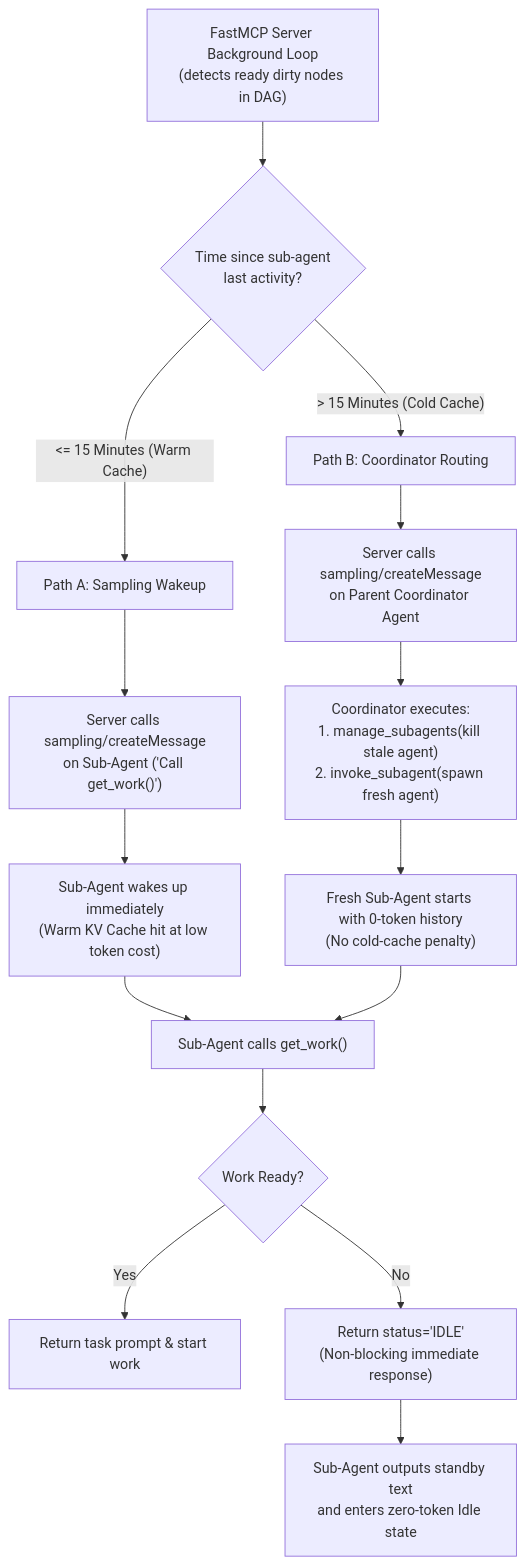
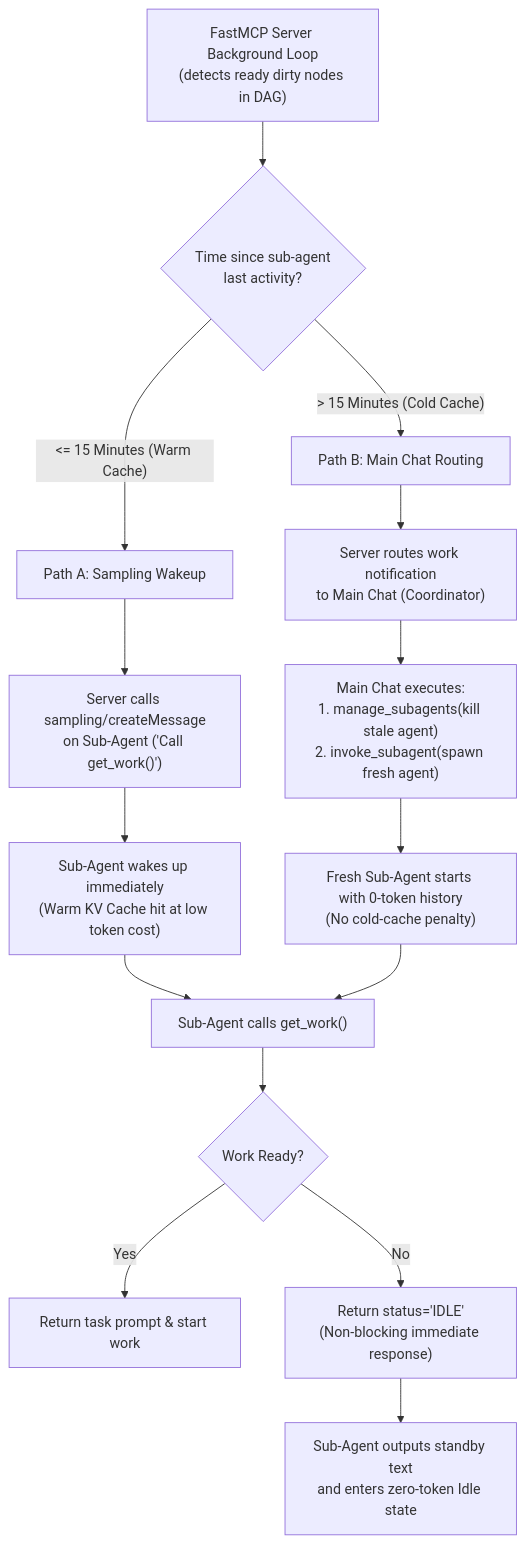
Before and after one commit to mcdirmid/cleanroom: the second of 3 diagrams in design-docs/bazel_role_mcp_server.md, drawn with Mermaid. The commit also changed other lines of this file and 67 other files, not shown here.

````diff
--- a/design-docs/bazel_role_mcp_server.md
+++ b/design-docs/bazel_role_mcp_server.md
@@ -262,21 +264,21 @@
 ```mermaid
 flowchart TD
     SubAgentCall["Sub-Agent calls get_work()"] --> WorkCheck{"Work Ready?"}
     WorkCheck -->|Yes| ReturnWork["Return task prompt & start work"]
     WorkCheck -->|No| ReturnIdle["Return status='IDLE'<br/>(Non-blocking immediate response)"]
 
     ReturnIdle --> SubAgentSleep["Sub-Agent outputs standby text<br/>and enters zero-token Idle state"]
 
     ServerLoop["FastMCP Server Background Loop<br/>(detects ready dirty nodes in DAG)"] --> CheckTime{"Time since sub-agent<br/>last activity?"}
 
     CheckTime -->|"<= 15 Minutes (Warm Cache)"| PathA["Path A: Sampling Wakeup"]
     PathA --> SendSample["Server calls sampling/createMessage<br/>on Sub-Agent ('Call get_work()')"]
     SendSample --> WarmResume["Sub-Agent wakes up immediately<br/>(Warm KV Cache hit at low token cost)"]
     WarmResume --> SubAgentCall
 
-    CheckTime -->|"> 15 Minutes (Cold Cache)"| PathB["Path B: Coordinator Routing"]
-    PathB --> SampleCoord["Server calls sampling/createMessage<br/>on Parent Coordinator Agent"]
-    SampleCoord --> CoordAction["Coordinator executes:<br/>1. manage_subagents(kill stale agent)<br/>2. invoke_subagent(spawn fresh agent)"]
+    CheckTime -->|"> 15 Minutes (Cold Cache)"| PathB["Path B: Main Chat Routing"]
+    PathB --> SampleCoord["Server routes work notification<br/>to Main Chat (Coordinator)"]
+    SampleCoord --> CoordAction["Main Chat executes:<br/>1. manage_subagents(kill stale agent)<br/>2. invoke_subagent(spawn fresh agent)"]
     CoordAction --> FreshStart["Fresh Sub-Agent starts with 0-token history<br/>(No cold-cache penalty)"]
     FreshStart --> SubAgentCall
 ```
````
